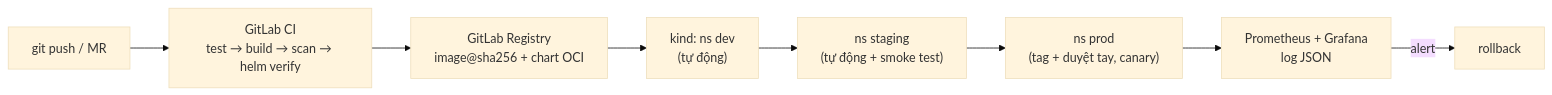
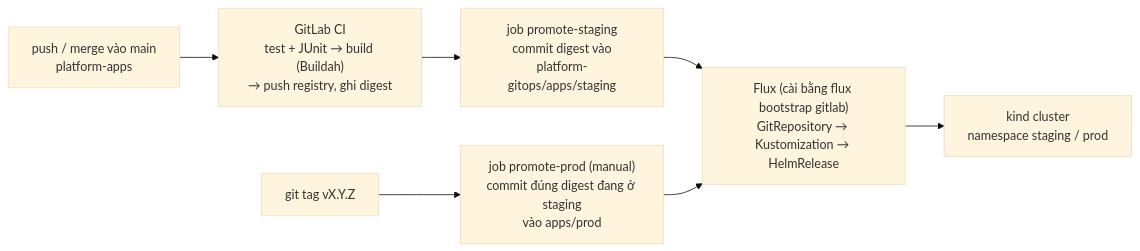
The second of 3 diagrams in cloud_devops_basic/container/6 Domain 6 - Containers and Kubernetes/6_9 Capstone - End-to-End Release Pipeline/README.md (HelloMinh2122005/SelfLearn), drawn with Mermaid (base theme) before and after one commit. The commit also changed other lines of this file and 121 other files, not shown here.

````diff
--- a/cloud_devops_basic/container/6 Domain 6 - Containers and Kubernetes/6_9 Capstone - End-to-End Release Pipeline/README.md
+++ b/cloud_devops_basic/container/6 Domain 6 - Containers and Kubernetes/6_9 Capstone - End-to-End Release Pipeline/README.md
@@ -15,10 +65,9 @@
 ```mermaid
 flowchart LR
-    DEV["git push / MR"] --> CI["GitLab CI<br/>test → build → scan → helm verify"]
-    CI --> REG["GitLab Registry<br/>image@sha256 + chart OCI"]
-    REG --> D1["kind: ns dev<br/>(tự động)"]
-    D1 --> D2["ns staging<br/>(tự động + smoke test)"]
-    D2 --> D3["ns prod<br/>(tag + duyệt tay, canary)"]
-    D3 --> OBS["Prometheus + Grafana<br/>log JSON"]
-    OBS -->|"alert"| RB["rollback"]
+    PUSH["push / merge vào main<br/>platform-apps"] --> CI["GitLab CI<br/>test + JUnit → build (Buildah)<br/>→ push registry, ghi digest"]
+    CI --> STG["job promote-staging<br/>commit digest vào<br/>platform-gitops/apps/staging"]
+    TAG["git tag vX.Y.Z"] --> PROD["job promote-prod (manual)<br/>commit đúng digest đang ở staging<br/>vào apps/prod"]
+    STG --> FLUX["Flux (cài bằng flux bootstrap gitlab)<br/>GitRepository → Kustomization → HelmRelease"]
+    PROD --> FLUX
+    FLUX --> K8S["kind cluster<br/>namespace staging / prod"]
 ```
````
